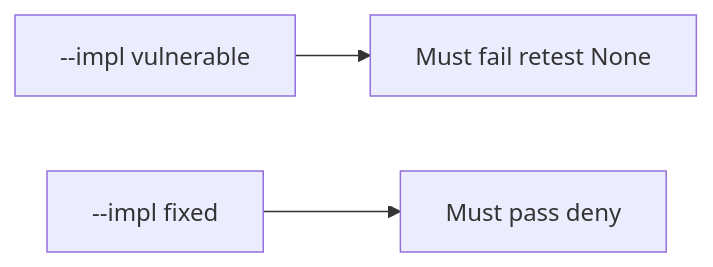
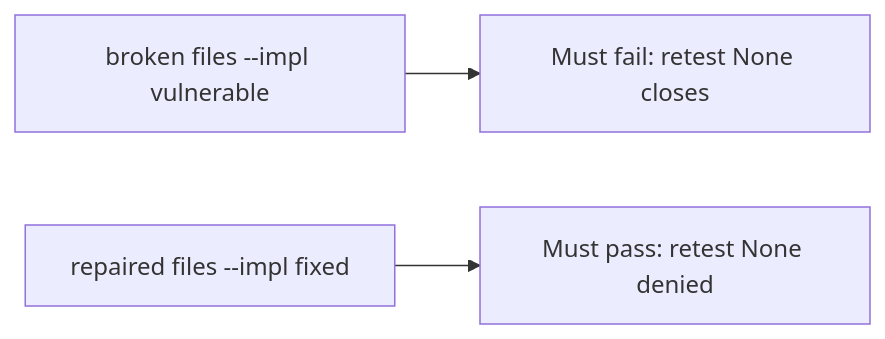
The diagram in content/modules/9/9.5/lessons/05-verify.md (ishitvagoel/LearnSecurity), drawn with Mermaid before and after one commit. The commit also changed other lines of this file and 39 other files, not shown here.

````diff
--- a/content/modules/9/9.5/lessons/05-verify.md
+++ b/content/modules/9/9.5/lessons/05-verify.md
@@ -15,5 +14,5 @@
 ```mermaid
 flowchart LR
-  V["--impl vulnerable"] --> F["Must fail retest None"]
-  X["--impl fixed"] --> P["Must pass deny"]
+  V["broken files --impl vulnerable"] --> F[Must fail: retest None closes]
+  X["repaired files --impl fixed"] --> P[Must pass: retest None denied]
 ```
````
